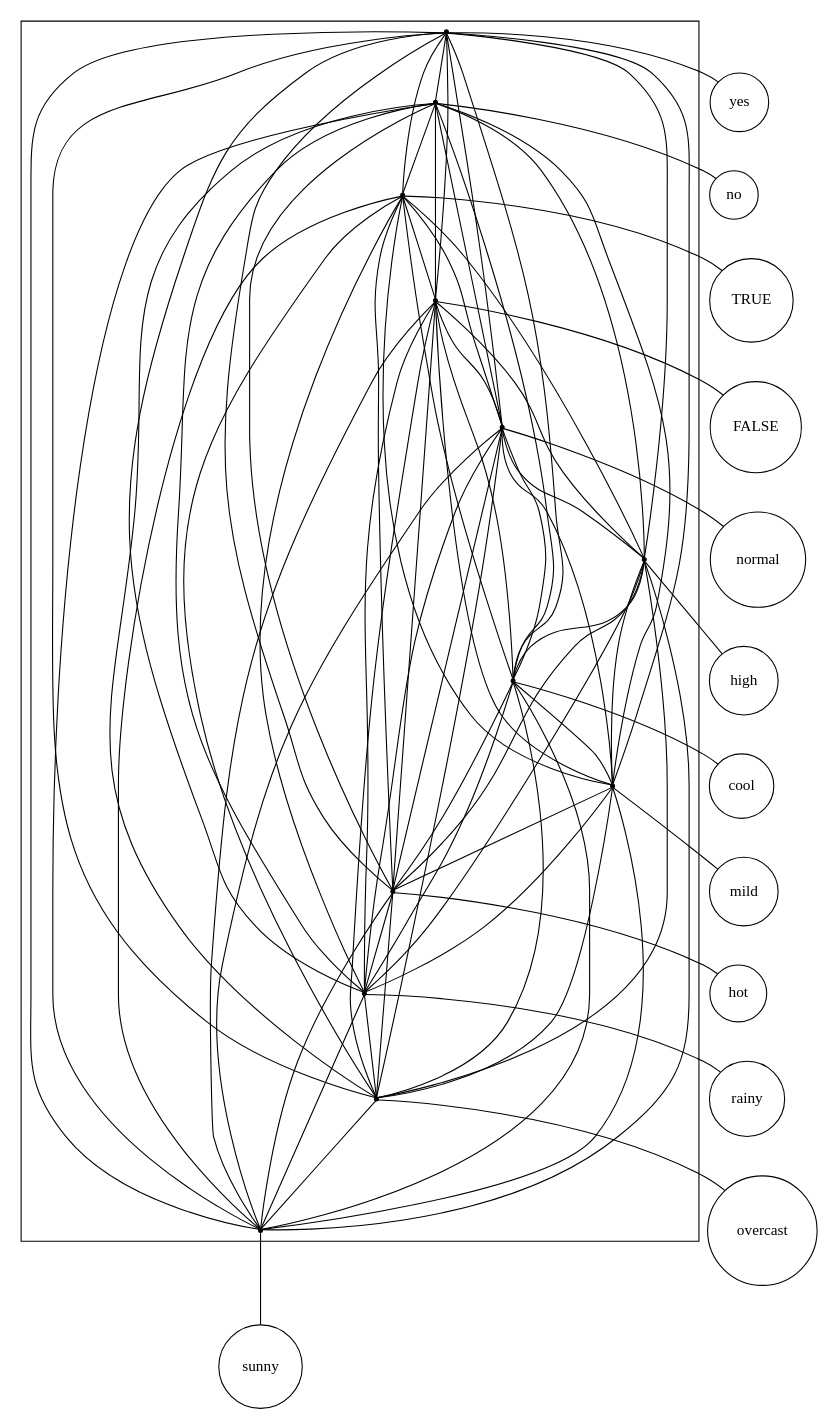
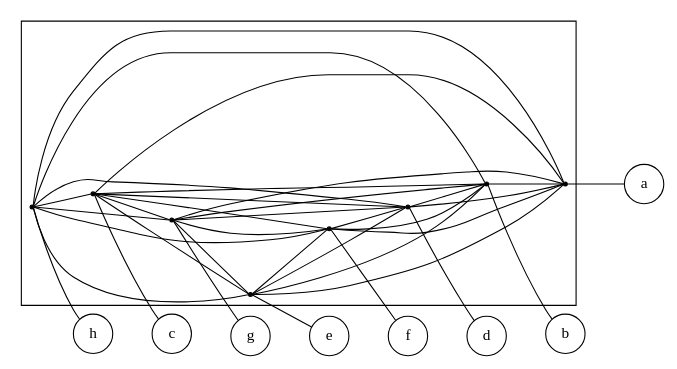
One commit to lrodrin/TFG changed the diagram in src/final/plain_2-structure.dot. Above: the diagram before and after it, drawn with Graphviz. The commit also changed 14 other files, not shown here.

```diff
--- a/src/final/plain_2-structure.dot
+++ b/src/final/plain_2-structure.dot
@@ -1,100 +1,55 @@
 digraph "plain_2-structure" {
 compound=true;
 fontname=Verdana;
 fontsize=12;
+rankdir=LR;
 node [shape=circle];
-yes;
-no;
-TRUE;
-FALSE;
-normal;
-high;
-cool;
-mild;
-hot;
-rainy;
-overcast;
-sunny;
-subgraph cluster_sunnyhotTRUEnoFALSEhighnormalyesovercastcoolmildrainy {
+h;
+c;
+g;
+e;
+f;
+d;
+b;
+a;
+subgraph cluster_fcdbgaeh {
 node [shape=point];
-s_yes -> s_no  [color=black, arrowhead=none];
-s_yes -> s_TRUE  [color=black, arrowhead=none];
-s_yes -> s_FALSE  [color=black, arrowhead=none];
-s_yes -> s_normal  [color=black, arrowhead=none];
-s_yes -> s_high  [color=black, arrowhead=none];
-s_yes -> s_cool  [color=black, arrowhead=none];
-s_yes -> s_mild  [color=black, arrowhead=none];
-s_yes -> s_hot  [color=black, arrowhead=none];
-s_yes -> s_rainy  [color=black, arrowhead=none];
-s_yes -> s_overcast  [color=black, arrowhead=none];
-s_yes -> s_sunny  [color=black, arrowhead=none];
-s_no -> s_TRUE  [color=black, arrowhead=none];
-s_no -> s_FALSE  [color=black, arrowhead=none];
-s_no -> s_normal  [color=black, arrowhead=none];
-s_no -> s_high  [color=black, arrowhead=none];
-s_no -> s_cool  [color=black, arrowhead=none];
-s_no -> s_mild  [color=black, arrowhead=none];
-s_no -> s_hot  [color=black, arrowhead=none];
-s_no -> s_rainy  [color=black, arrowhead=none];
-s_no -> s_overcast  [color=black, arrowhead=none];
-s_no -> s_sunny  [color=black, arrowhead=none];
-s_TRUE -> s_FALSE  [color=black, arrowhead=none];
-s_TRUE -> s_normal  [color=black, arrowhead=none];
-s_TRUE -> s_high  [color=black, arrowhead=none];
-s_TRUE -> s_cool  [color=black, arrowhead=none];
-s_TRUE -> s_mild  [color=black, arrowhead=none];
-s_TRUE -> s_hot  [color=black, arrowhead=none];
-s_TRUE -> s_rainy  [color=black, arrowhead=none];
-s_TRUE -> s_overcast  [color=black, arrowhead=none];
-s_TRUE -> s_sunny  [color=black, arrowhead=none];
-s_FALSE -> s_normal  [color=black, arrowhead=none];
-s_FALSE -> s_high  [color=black, arrowhead=none];
-s_FALSE -> s_cool  [color=black, arrowhead=none];
-s_FALSE -> s_mild  [color=black, arrowhead=none];
-s_FALSE -> s_hot  [color=black, arrowhead=none];
-s_FALSE -> s_rainy  [color=black, arrowhead=none];
-s_FALSE -> s_overcast  [color=black, arrowhead=none];
-s_FALSE -> s_sunny  [color=black, arrowhead=none];
-s_normal -> s_high  [color=black, arrowhead=none];
-s_normal -> s_cool  [color=black, arrowhead=none];
-s_normal -> s_mild  [color=black, arrowhead=none];
-s_normal -> s_hot  [color=black, arrowhead=none];
-s_normal -> s_rainy  [color=black, arrowhead=none];
-s_normal -> s_overcast  [color=black, arrowhead=none];
-s_normal -> s_sunny  [color=black, arrowhead=none];
-s_high -> s_cool  [color=black, arrowhead=none];
-s_high -> s_mild  [color=black, arrowhead=none];
-s_high -> s_hot  [color=black, arrowhead=none];
-s_high -> s_rainy  [color=black, arrowhead=none];
-s_high -> s_overcast  [color=black, arrowhead=none];
-s_high -> s_sunny  [color=black, arrowhead=none];
-s_cool -> s_mild  [color=black, arrowhead=none];
-s_cool -> s_hot  [color=black, arrowhead=none];
-s_cool -> s_rainy  [color=black, arrowhead=none];
-s_cool -> s_overcast  [color=black, arrowhead=none];
-s_cool -> s_sunny  [color=black, arrowhead=none];
-s_mild -> s_hot  [color=black, arrowhead=none];
-s_mild -> s_rainy  [color=black, arrowhead=none];
-s_mild -> s_overcast  [color=black, arrowhead=none];
-s_mild -> s_sunny  [color=black, arrowhead=none];
-s_hot -> s_rainy  [color=black, arrowhead=none];
-s_hot -> s_overcast  [color=black, arrowhead=none];
-s_hot -> s_sunny  [color=black, arrowhead=none];
-s_rainy -> s_overcast  [color=black, arrowhead=none];
-s_rainy -> s_sunny  [color=black, arrowhead=none];
-s_overcast -> s_sunny  [color=black, arrowhead=none];
+s_h -> s_c  [color=black, arrowhead=none];
+s_h -> s_g  [color=black, arrowhead=none];
+s_h -> s_e  [color=black, arrowhead=none];
+s_h -> s_f  [color=black, arrowhead=none];
+s_h -> s_d  [color=black, arrowhead=none];
+s_h -> s_b  [color=black, arrowhead=none];
+s_h -> s_a  [color=black, arrowhead=none];
+s_c -> s_g  [color=black, arrowhead=none];
+s_c -> s_e  [color=black, arrowhead=none];
+s_c -> s_f  [color=black, arrowhead=none];
+s_c -> s_d  [color=black, arrowhead=none];
+s_c -> s_b  [color=black, arrowhead=none];
+s_c -> s_a  [color=black, arrowhead=none];
+s_g -> s_e  [color=black, arrowhead=none];
+s_g -> s_f  [color=black, arrowhead=none];
+s_g -> s_d  [color=black, arrowhead=none];
+s_g -> s_b  [color=black, arrowhead=none];
+s_g -> s_a  [color=black, arrowhead=none];
+s_e -> s_f  [color=black, arrowhead=none];
+s_e -> s_d  [color=black, arrowhead=none];
+s_e -> s_b  [color=black, arrowhead=none];
+s_e -> s_a  [color=black, arrowhead=none];
+s_f -> s_d  [color=black, arrowhead=none];
+s_f -> s_b  [color=black, arrowhead=none];
+s_f -> s_a  [color=black, arrowhead=none];
+s_d -> s_b  [color=black, arrowhead=none];
+s_d -> s_a  [color=black, arrowhead=none];
+s_b -> s_a  [color=black, arrowhead=none];
 }
 
-s_yes -> yes  [arrowhead=none];
-s_no -> no  [arrowhead=none];
-s_TRUE -> TRUE  [arrowhead=none];
-s_FALSE -> FALSE  [arrowhead=none];
-s_normal -> normal  [arrowhead=none];
-s_high -> high  [arrowhead=none];
-s_cool -> cool  [arrowhead=none];
-s_mild -> mild  [arrowhead=none];
-s_hot -> hot  [arrowhead=none];
-s_rainy -> rainy  [arrowhead=none];
-s_overcast -> overcast  [arrowhead=none];
-s_sunny -> sunny  [arrowhead=none];
+s_h -> h  [arrowhead=none];
+s_c -> c  [arrowhead=none];
+s_g -> g  [arrowhead=none];
+s_e -> e  [arrowhead=none];
+s_f -> f  [arrowhead=none];
+s_d -> d  [arrowhead=none];
+s_b -> b  [arrowhead=none];
+s_a -> a  [arrowhead=none];
 }
```
